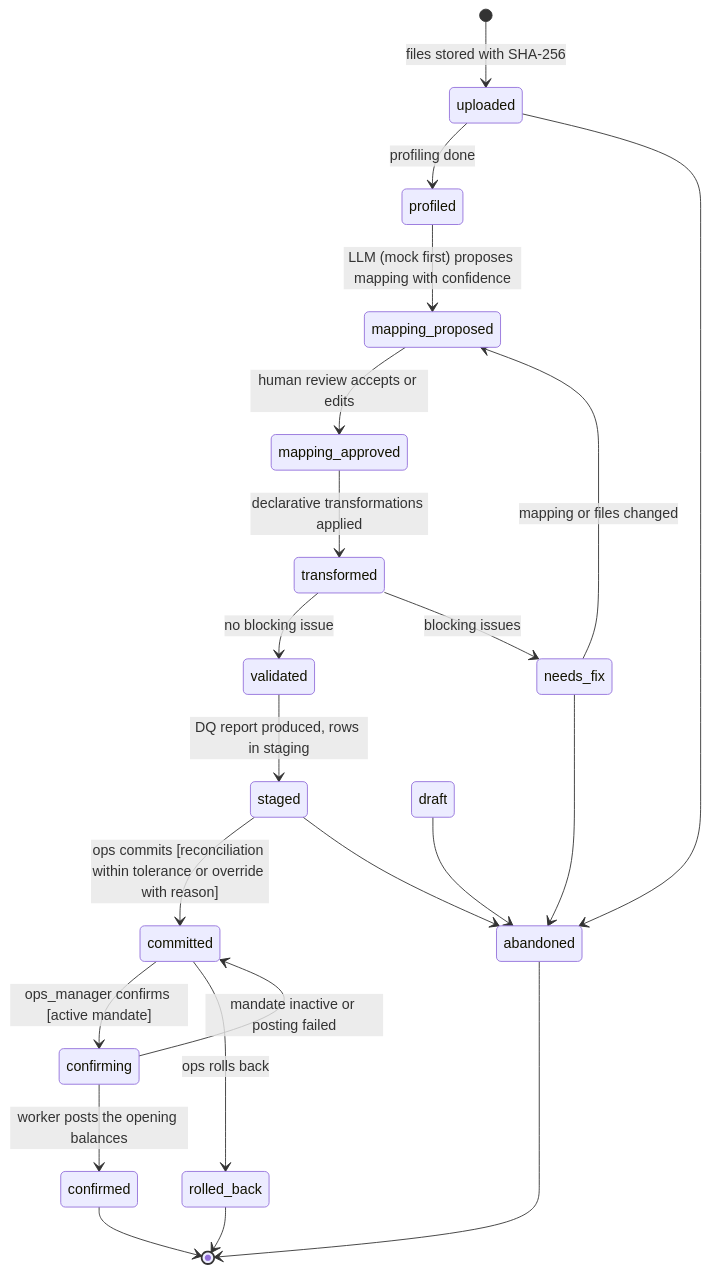
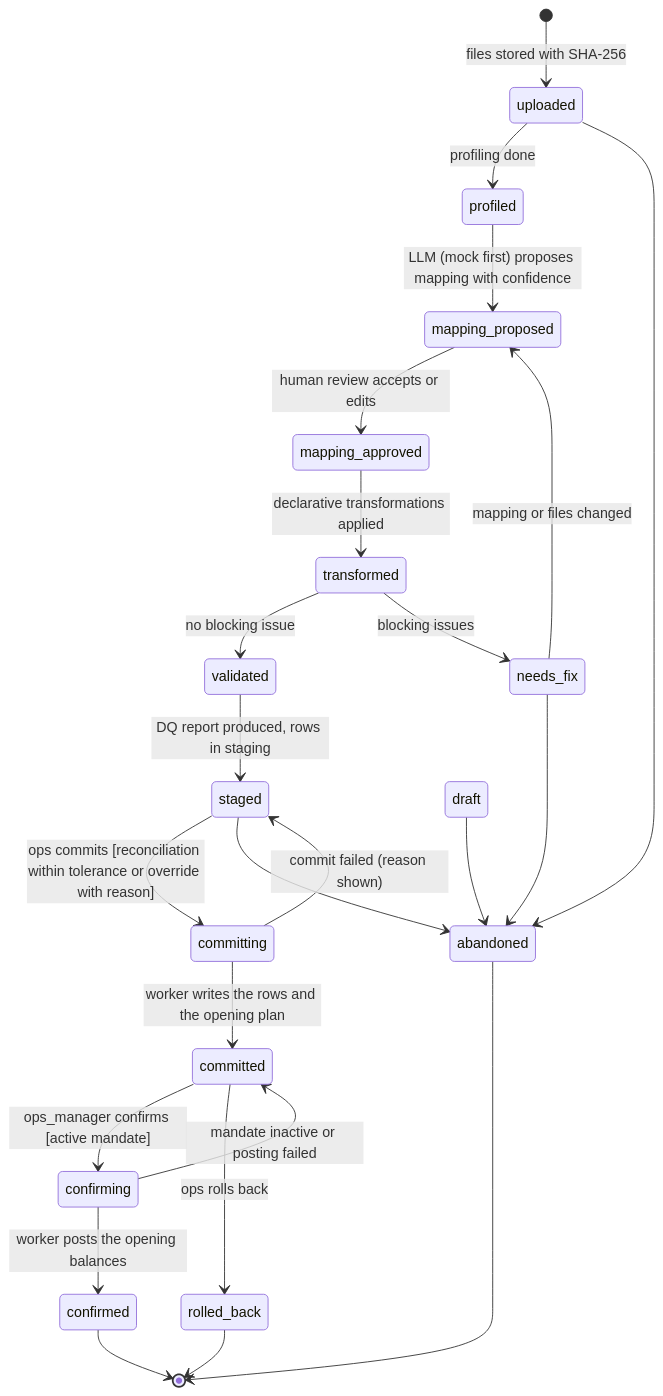
Before and after one commit to TheliosGroupe/collectoo: diagram 13 of 13 in docs/DOMAIN.md, drawn with Mermaid. The commit also changed other lines of this file and 14 other files, not shown here.

First line of the commit message:
M2a-3: the batch commit runs as a worker job (state committing)

````diff
--- a/docs/DOMAIN.md
+++ b/docs/DOMAIN.md
@@ -1065,24 +1065,26 @@
 ```mermaid
 stateDiagram-v2
     [*] --> uploaded : files stored with SHA-256
     uploaded --> profiled : profiling done
     profiled --> mapping_proposed : LLM (mock first) proposes mapping with confidence
     mapping_proposed --> mapping_approved : human review accepts or edits
     mapping_approved --> transformed : declarative transformations applied
     transformed --> validated : no blocking issue
     transformed --> needs_fix : blocking issues
     needs_fix --> mapping_proposed : mapping or files changed
     validated --> staged : DQ report produced, rows in staging
-    staged --> committed : ops commits [reconciliation within tolerance or override with reason]
+    staged --> committing : ops commits [reconciliation within tolerance or override with reason]
+    committing --> committed : worker writes the rows and the opening plan
+    committing --> staged : commit failed (reason shown)
     committed --> confirming : ops_manager confirms [active mandate]
     confirming --> confirmed : worker posts the opening balances
     confirming --> committed : mandate inactive or posting failed
     committed --> rolled_back : ops rolls back
     draft --> abandoned
     uploaded --> abandoned
     needs_fix --> abandoned
     staged --> abandoned
     confirmed --> [*]
     rolled_back --> [*]
     abandoned --> [*]
 ```
````
